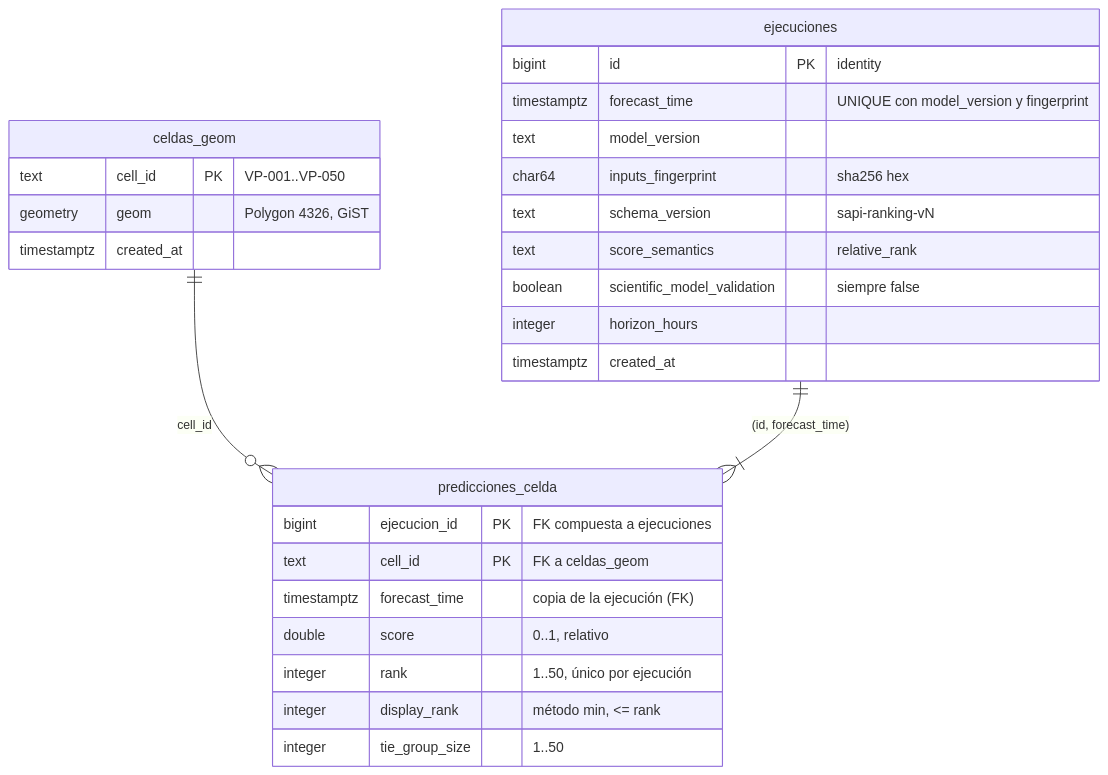
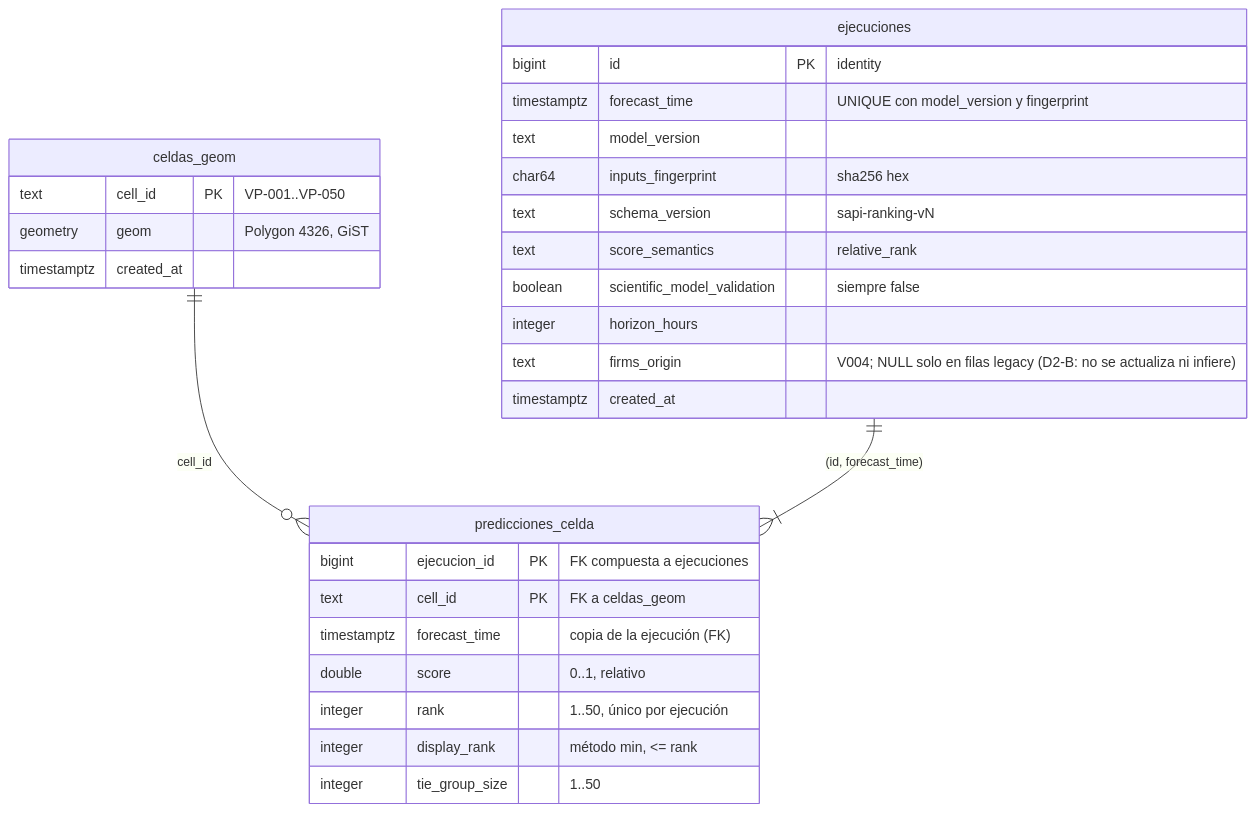
The diagram in db/README.md (DanielCortezF002/S.A.P.I-Sistema-de-Prediccion-de-Incendios), drawn with Mermaid before and after one commit. The commit also changed other lines of this file and 105 other files, not shown here.

````diff
--- a/db/README.md
+++ b/db/README.md
@@ -30,30 +31,31 @@
 ```mermaid
 erDiagram
     celdas_geom ||--o{ predicciones_celda : "cell_id"
     ejecuciones ||--|{ predicciones_celda : "(id, forecast_time)"
     celdas_geom {
         text cell_id PK "VP-001..VP-050"
         geometry geom "Polygon 4326, GiST"
         timestamptz created_at
     }
     ejecuciones {
         bigint id PK "identity"
         timestamptz forecast_time "UNIQUE con model_version y fingerprint"
         text model_version
         char64 inputs_fingerprint "sha256 hex"
         text schema_version "sapi-ranking-vN"
         text score_semantics "relative_rank"
         boolean scientific_model_validation "siempre false"
         integer horizon_hours
+        text firms_origin "V004; NULL solo en filas legacy (D2-B: no se actualiza ni infiere)"
         timestamptz created_at
     }
     predicciones_celda {
         bigint ejecucion_id PK "FK compuesta a ejecuciones"
         text cell_id PK "FK a celdas_geom"
         timestamptz forecast_time "copia de la ejecución (FK)"
         double score "0..1, relativo"
         integer rank "1..50, único por ejecución"
         integer display_rank "método min, <= rank"
         integer tie_group_size "1..50"
     }
 ```
````
